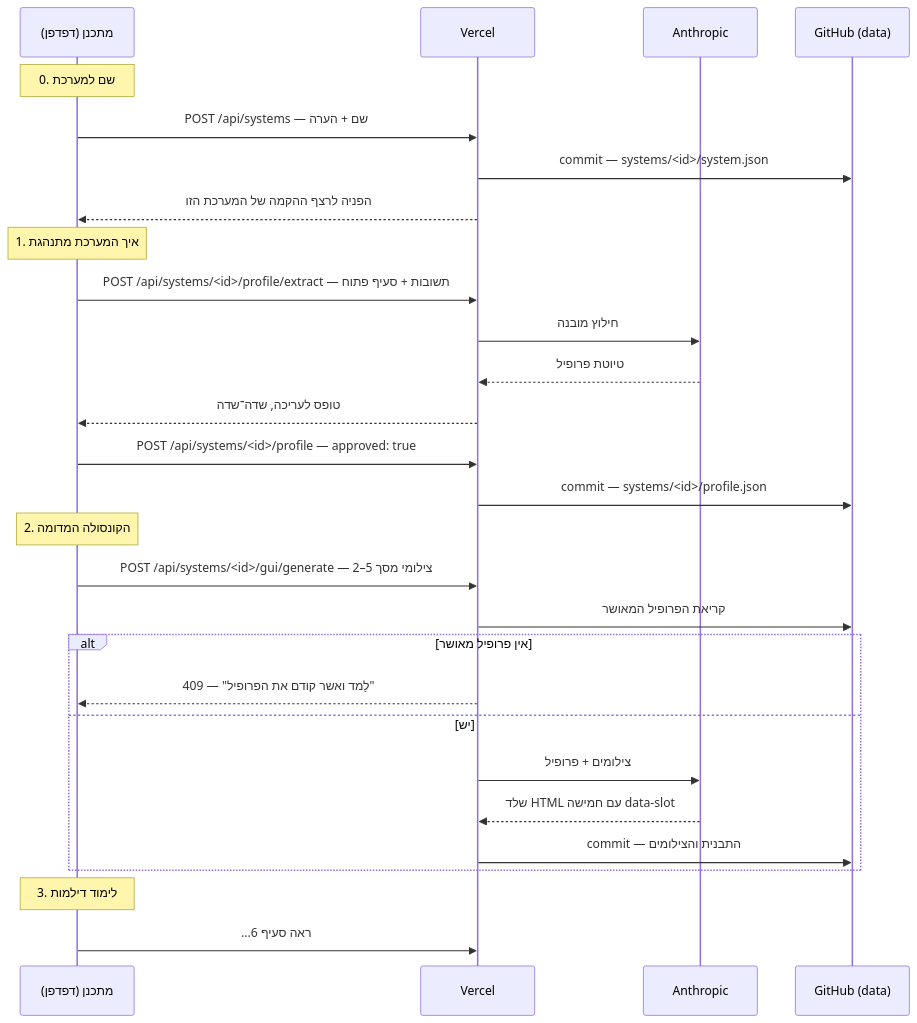
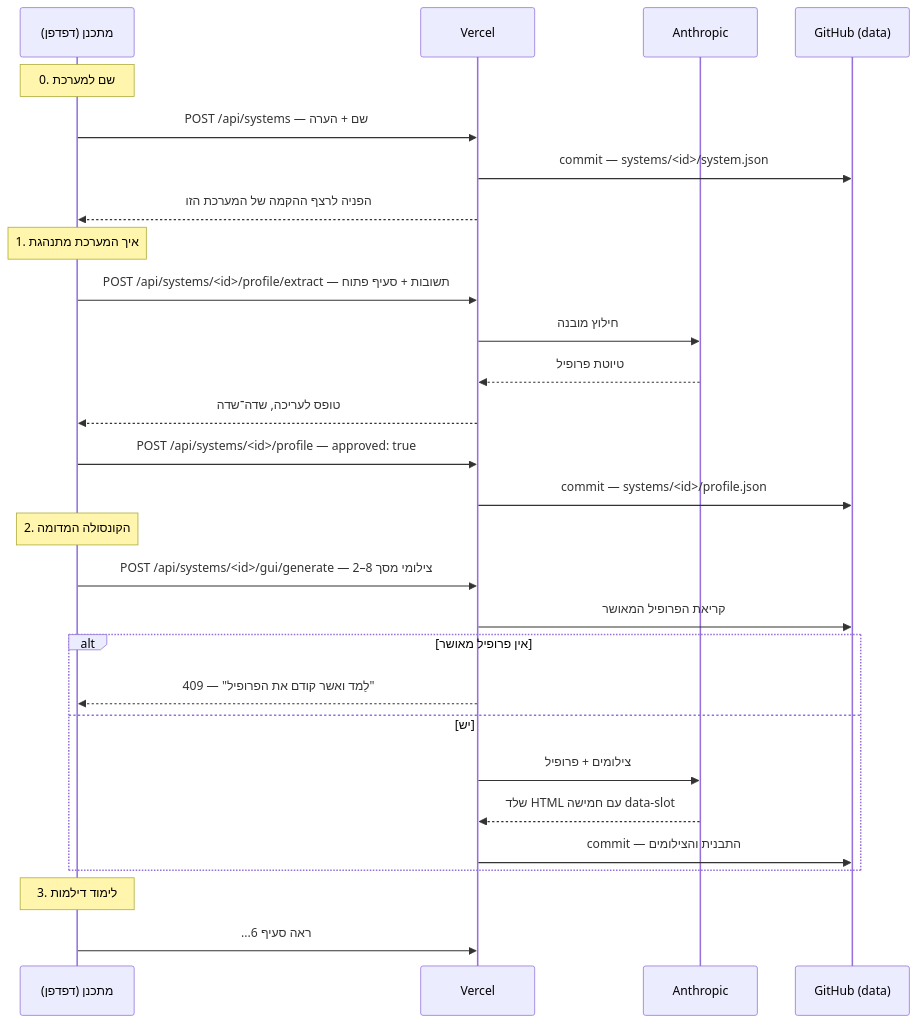
Before and after one commit to nimrodekel-hub/AD_SIMULATOR: the first of 3 diagrams in ARCHITECTURE.md, drawn with Mermaid. The commit also changed other lines of this file, not shown here.

````diff
--- a/ARCHITECTURE.md
+++ b/ARCHITECTURE.md
@@ -178,34 +178,34 @@
 ```mermaid
 sequenceDiagram
     participant D as מתכנן (דפדפן)
     participant V as Vercel
     participant A as Anthropic
     participant G as GitHub (data)
 
     Note over D: 0. שם למערכת
     D->>V: POST /api/systems — שם + הערה
     V->>G: commit — systems/<id>/system.json
     V-->>D: הפניה לרצף ההקמה של המערכת הזו
 
     Note over D: 1. איך המערכת מתנהגת
     D->>V: POST /api/systems/<id>/profile/extract — תשובות + סעיף פתוח
     V->>A: חילוץ מובנה
     A-->>V: טיוטת פרופיל
     V-->>D: טופס לעריכה, שדה־שדה
     D->>V: POST /api/systems/<id>/profile — approved: true
     V->>G: commit — systems/<id>/profile.json
 
     Note over D: 2. הקונסולה המדומה
-    D->>V: POST /api/systems/<id>/gui/generate — 2–5 צילומי מסך
+    D->>V: POST /api/systems/<id>/gui/generate — 2–8 צילומי מסך
     V->>G: קריאת הפרופיל המאושר
     alt אין פרופיל מאושר
         V-->>D: 409 — "לַמד ואשר קודם את הפרופיל"
     else יש
         V->>A: צילומים + פרופיל
         A-->>V: שלד HTML עם חמישה data-slot
         V->>G: commit — התבנית והצילומים
     end
 
     Note over D: 3. לימוד דילמות
     D->>V: ...ראה סעיף 6
 ```
````
